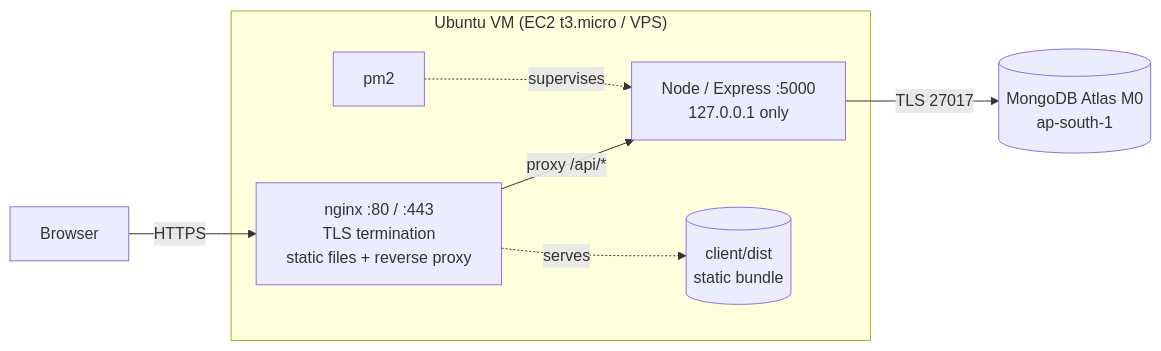
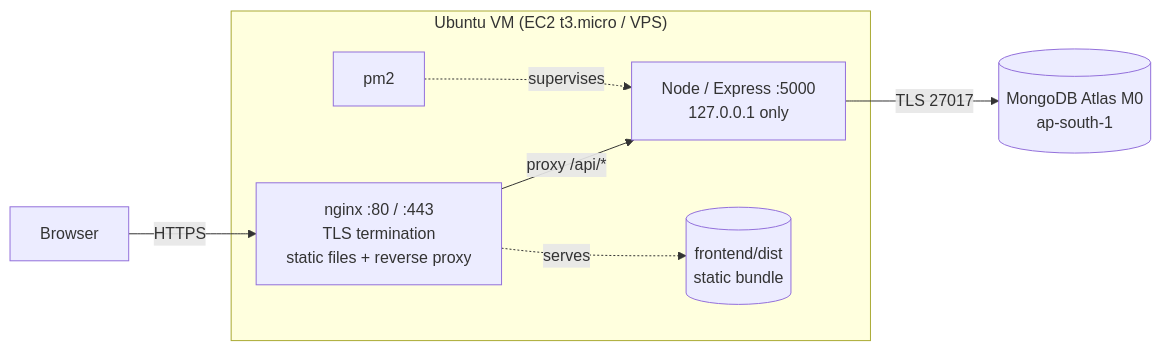
One commit to Himanshu1091/Deploylab changed the first of 6 diagrams in docs/ARCHITECTURE.md. Above: the diagram before and after it, drawn with Mermaid. The commit also changed other lines of this file and 23 other files, not shown here.

First line of the commit message:
refactor: rename client to frontend and server to backend

````diff
--- a/docs/ARCHITECTURE.md
+++ b/docs/ARCHITECTURE.md
@@ -26,19 +26,19 @@
 ```mermaid
 graph LR
     U[Browser]
 
     subgraph VM["Ubuntu VM (EC2 t3.micro / VPS)"]
         N["nginx :80 / :443<br/>TLS termination<br/>static files + reverse proxy"]
         P["pm2"]
         A["Node / Express :5000<br/>127.0.0.1 only"]
-        S[("client/dist<br/>static bundle")]
+        S[("frontend/dist<br/>static bundle")]
         N -.serves.-> S
         P -.supervises.-> A
         N -->|"proxy /api/*"| A
     end
 
     ATL[("MongoDB Atlas M0<br/>ap-south-1")]
 
     U -->|HTTPS| N
     A -->|"TLS 27017"| ATL
 ```
````
